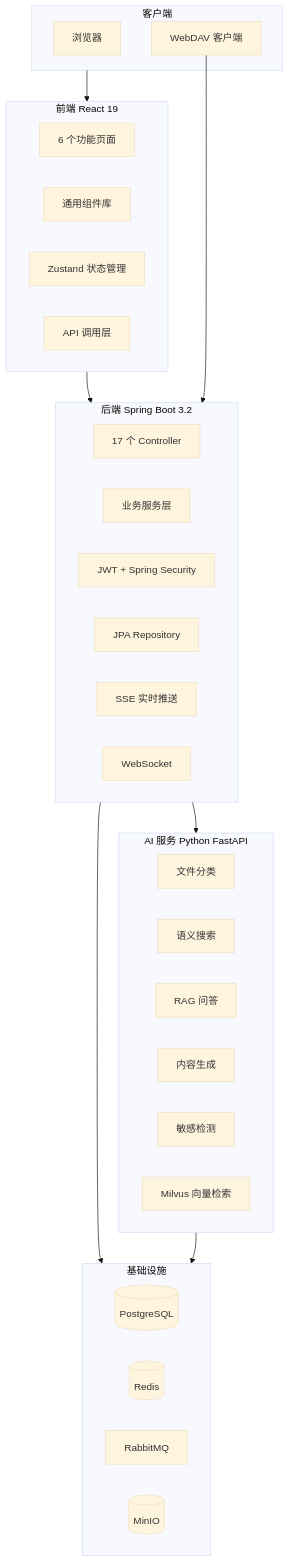
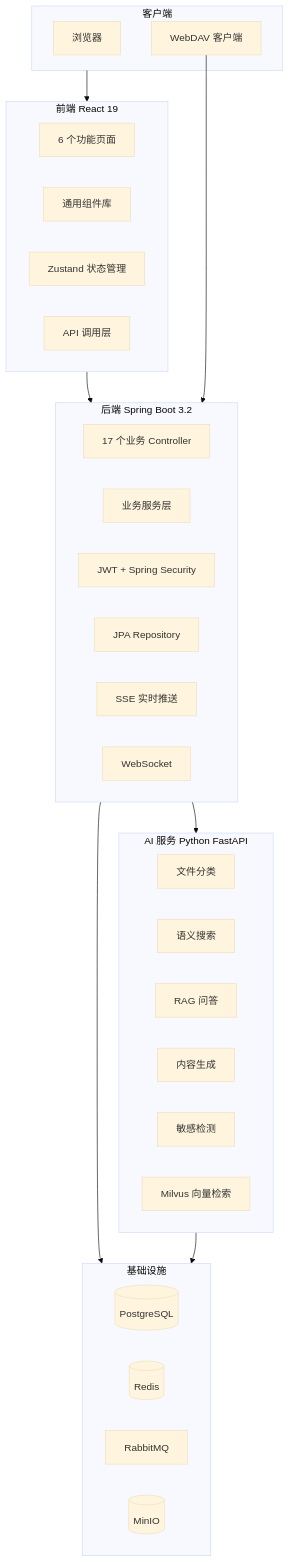
Before and after one commit to YL-snow/NebulaMind: the diagram in README.md, drawn with Mermaid (base theme). The commit also changed other lines of this file and 19 other files, not shown here.

````diff
--- a/README.md
+++ b/README.md
@@ -117,46 +117,46 @@
 ```mermaid
 flowchart TB
     subgraph Client["客户端"]
         Browser[浏览器]
         WebDAV[WebDAV 客户端]
     end
 
     subgraph Frontend["前端 React 19"]
         Pages[6 个功能页面]
         Components[通用组件库]
         Stores[Zustand 状态管理]
         API[API 调用层]
     end
 
     subgraph Backend["后端 Spring Boot 3.2"]
-        Controllers[17 个 Controller]
+        Controllers[17 个业务 Controller]
         Services[业务服务层]
         Security[JWT + Spring Security]
         Repositories[JPA Repository]
         SSE[SSE 实时推送]
         WS[WebSocket]
     end
 
     subgraph AI["AI 服务 Python FastAPI"]
         Classify[文件分类]
         Search[语义搜索]
         QA[RAG 问答]
         Generate[内容生成]
         Sensitive[敏感检测]
         VectorDB[Milvus 向量检索]
     end
 
     subgraph Infrastructure["基础设施"]
         PG[(PostgreSQL)]
         Redis[(Redis)]
         MQ[RabbitMQ]
         MinIO[(MinIO)]
     end
 
     Client --> Frontend
     Frontend --> Backend
     Backend --> AI
     Backend --> Infrastructure
     AI --> Infrastructure
     WebDAV --> Backend
 ```
````
